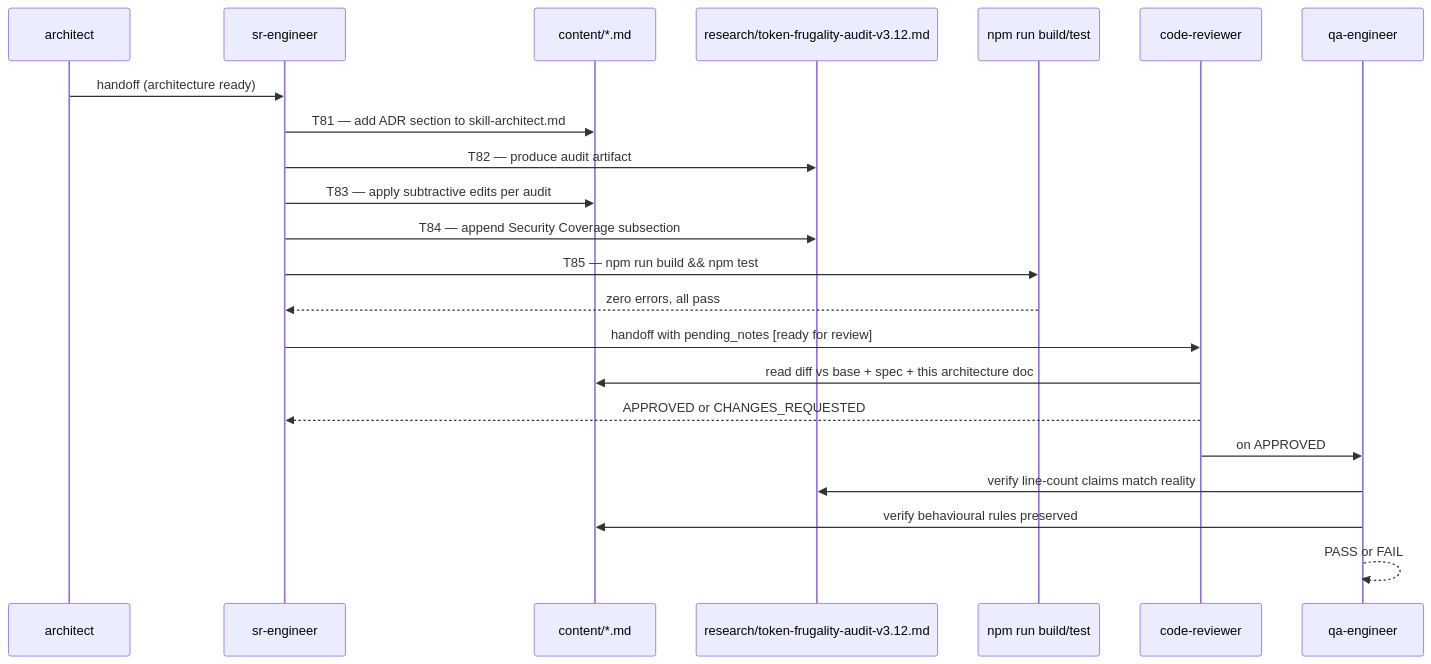
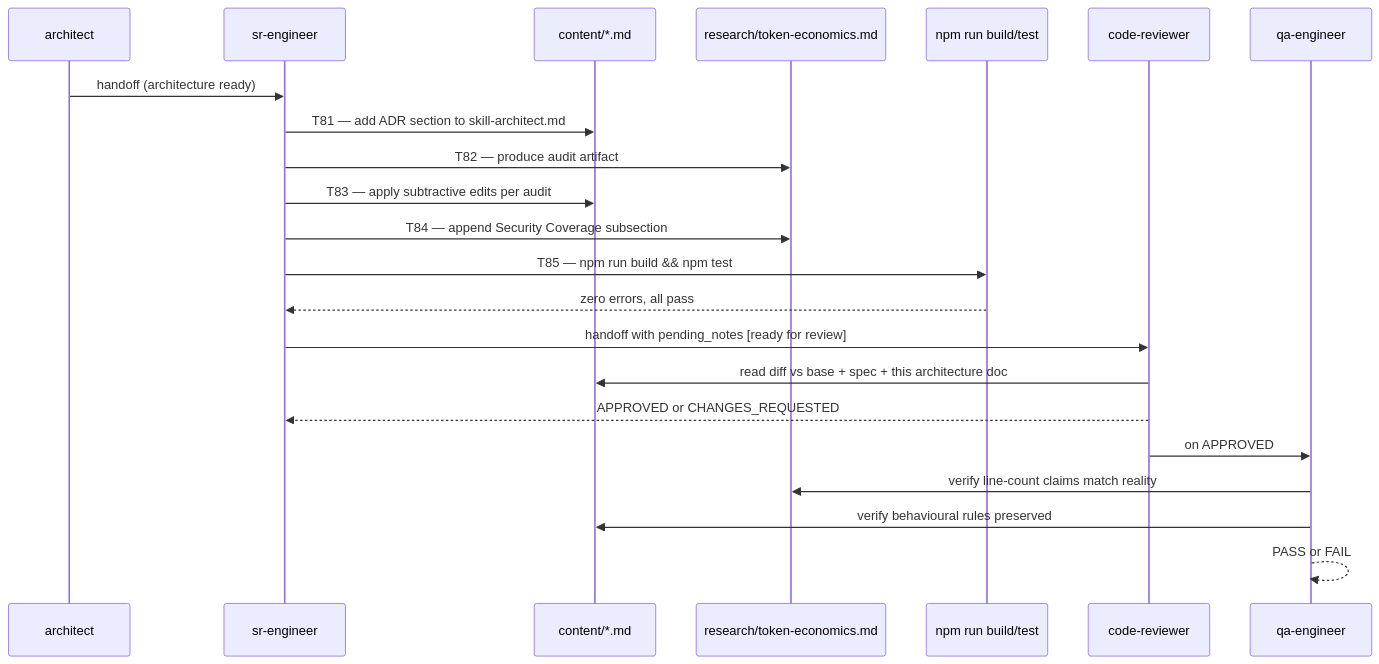
One commit to Paul-hengChen/agent-governance-mcp changed the diagram in specs/skill-polish-v3.12-architecture.md. Above: the diagram before and after it, drawn with Mermaid. The commit also changed other lines of this file and 72 other files, not shown here.

````diff
--- a/specs/skill-polish-v3.12-architecture.md
+++ b/specs/skill-polish-v3.12-architecture.md
@@ -103,25 +103,25 @@
 ```mermaid
 sequenceDiagram
     participant Arch as architect
     participant SR as sr-engineer
     participant Files as content/*.md
-    participant Audit as research/token-frugality-audit-v3.12.md
+    participant Audit as research/token-economics.md
     participant Build as npm run build/test
     participant CR as code-reviewer
     participant QA as qa-engineer
 
     Arch->>SR: handoff (architecture ready)
     SR->>Files: T81 — add ADR section to skill-architect.md
     SR->>Audit: T82 — produce audit artifact
     SR->>Files: T83 — apply subtractive edits per audit
     SR->>Audit: T84 — append Security Coverage subsection
     SR->>Build: T85 — npm run build && npm test
     Build-->>SR: zero errors, all pass
     SR->>CR: handoff with pending_notes [ready for review]
     CR->>Files: read diff vs base + spec + this architecture doc
     CR-->>SR: APPROVED or CHANGES_REQUESTED
     CR->>QA: on APPROVED
     QA->>Audit: verify line-count claims match reality
     QA->>Files: verify behavioural rules preserved
     QA-->>QA: PASS or FAIL
 ```
````
